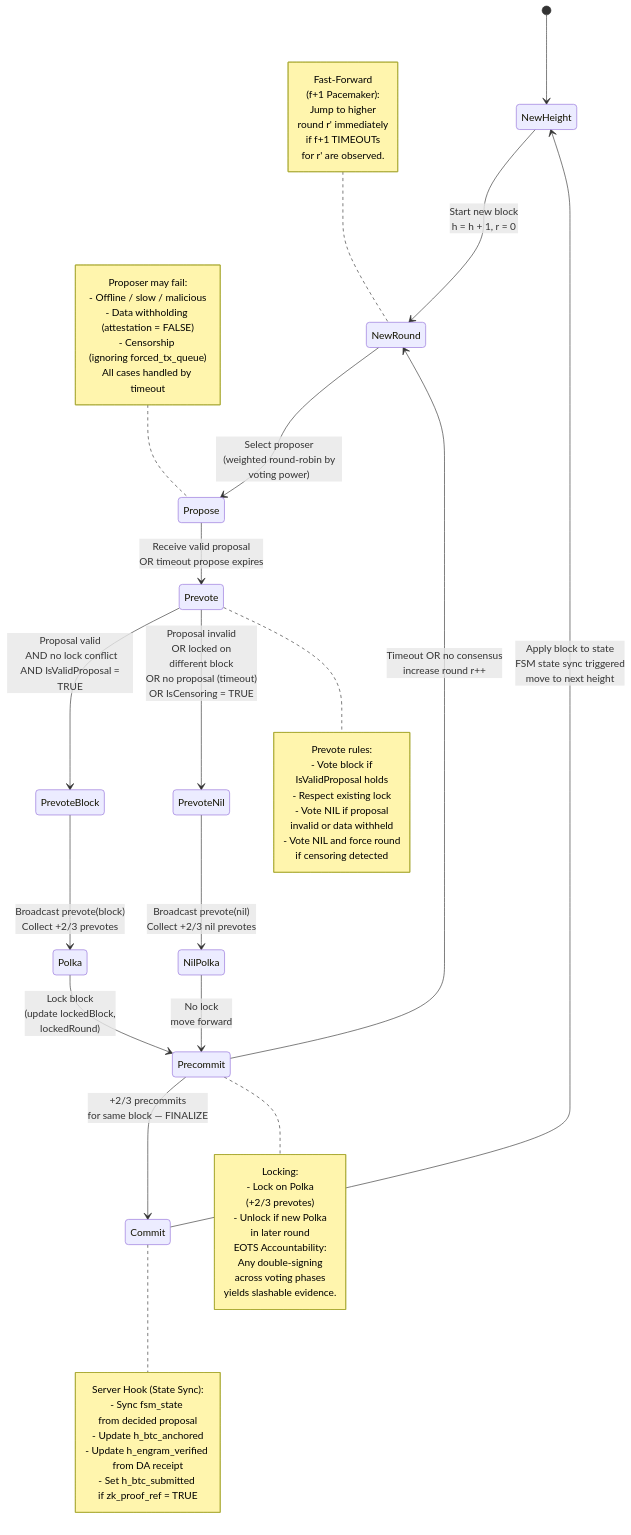
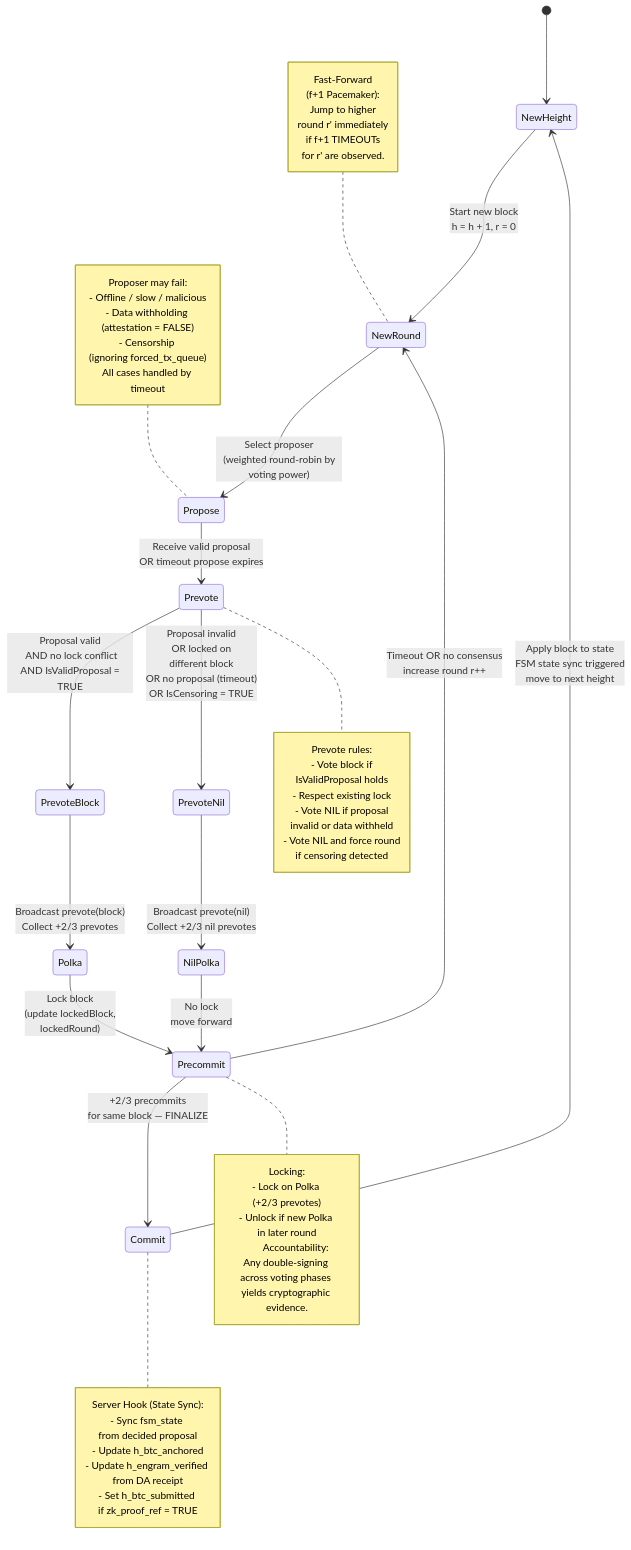
One commit to cuongct924/engram-sovereign-fsm changed the third of 9 diagrams in spec/README.md. Above: the diagram before and after it, drawn with Mermaid. The commit also changed other lines of this file and 4 other files, not shown here.

````diff
--- a/spec/README.md
+++ b/spec/README.md
@@ -527,64 +473,64 @@
 ```mermaid
 stateDiagram-v2
     direction TB
 
     [*] --> NewHeight
 
     NewHeight --> NewRound: Start new block<br> h = h + 1, r = 0
 
     note left of NewRound
         Fast-Forward <br>(f+1 Pacemaker):
         Jump to higher <br>round r' immediately 
         if f+1 TIMEOUTs <br>for r' are observed.
     end note
 
     NewRound --> Propose: Select proposer<br> (weighted round-robin by voting power)
 
     Propose --> Prevote: Receive valid proposal<br> OR timeout propose expires
 
     Prevote --> PrevoteBlock: Proposal valid<br> AND no lock conflict<br> AND IsValidProposal = TRUE
     Prevote --> PrevoteNil: Proposal invalid<br> OR locked on <br>different block<br> OR no proposal (timeout)<br> OR IsCensoring = TRUE
 
     PrevoteBlock --> Polka: Broadcast prevote(block)<br> Collect +2/3 prevotes
     PrevoteNil --> NilPolka: Broadcast prevote(nil)<br> Collect +2/3 nil prevotes
 
     Polka --> Precommit: Lock block<br> (update lockedBlock, <br>lockedRound)
     NilPolka --> Precommit: No lock<br> move forward
 
     Precommit --> Commit: +2/3 precommits<br> for same block — FINALIZE
     Precommit --> NewRound: Timeout OR no consensus<br> increase round r++
 
     Commit --> NewHeight: Apply block to state<br> FSM state sync triggered<br> move to next height
 
     note right of Prevote
         Prevote rules:
         - Vote block if <br>IsValidProposal holds
         - Respect existing lock
         - Vote NIL if proposal <br>invalid or data withheld
         - Vote NIL and force round <br>if censoring detected
     end note
 
     note right of Precommit
         Locking:
         - Lock on Polka <br>(+2/3 prevotes)
         - Unlock if new Polka <br>in later round
 
-        EOTS Accountability: <br>Any double-signing <br>across voting phases <br>yields slashable evidence.
+        Accountability: <br>Any double-signing <br>across voting phases <br>yields cryptographic evidence.
     end note
 
     note left of Propose
         Proposer may fail:
         - Offline / slow / malicious
         - Data withholding <br>(attestation = FALSE)
         - Censorship <br>(ignoring forced_tx_queue)
         All cases handled by timeout
     end note
 
     note right of Commit
         Server Hook (State Sync):
         - Sync fsm_state <br>from decided proposal
         - Update h_btc_anchored
         - Update h_engram_verified from DA receipt
         - Set h_btc_submitted <br>if zk_proof_ref = TRUE
     end note
 ```
````
